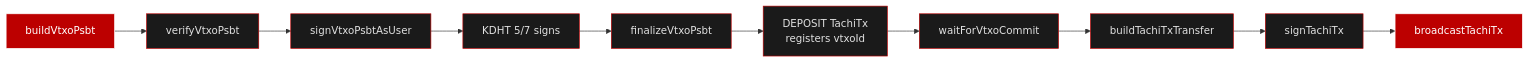
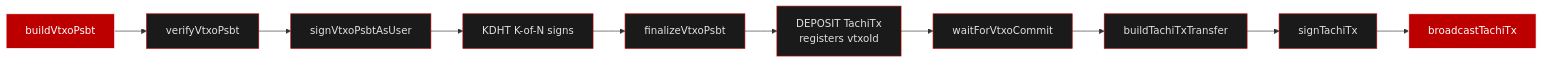
Before and after one commit to tachibtc/tachi-sdk-ts: the second of 2 diagrams in website/docs/vtxo-quickstart.md, drawn with Mermaid. The commit also changed other lines of this file, not shown here.

````diff
--- a/website/docs/vtxo-quickstart.md
+++ b/website/docs/vtxo-quickstart.md
@@ -187,23 +187,23 @@
 ```mermaid
 flowchart LR
     A[buildVtxoPsbt] --> B[verifyVtxoPsbt]
     B --> C[signVtxoPsbtAsUser]
-    C --> D[KDHT 5/7 signs]
+    C --> D[KDHT K-of-N signs]
     D --> E[finalizeVtxoPsbt]
     E --> R[DEPOSIT TachiTx<br/>registers vtxoId]
     R --> W[waitForVtxoCommit]
     W --> F[buildTachiTxTransfer]
     F --> G[signTachiTx]
     G --> H[broadcastTachiTx]
 
     style A fill:#BC0000,stroke:#fff,color:#fff
     style H fill:#BC0000,stroke:#fff,color:#fff
     style B fill:#1a1a1a,stroke:#BC0000,color:#e0e0e0
     style C fill:#1a1a1a,stroke:#BC0000,color:#e0e0e0
     style D fill:#1a1a1a,stroke:#BC0000,color:#e0e0e0
     style E fill:#1a1a1a,stroke:#BC0000,color:#e0e0e0
     style R fill:#1a1a1a,stroke:#BC0000,color:#e0e0e0
     style W fill:#1a1a1a,stroke:#BC0000,color:#e0e0e0
     style F fill:#1a1a1a,stroke:#BC0000,color:#e0e0e0
     style G fill:#1a1a1a,stroke:#BC0000,color:#e0e0e0
 ```
````
